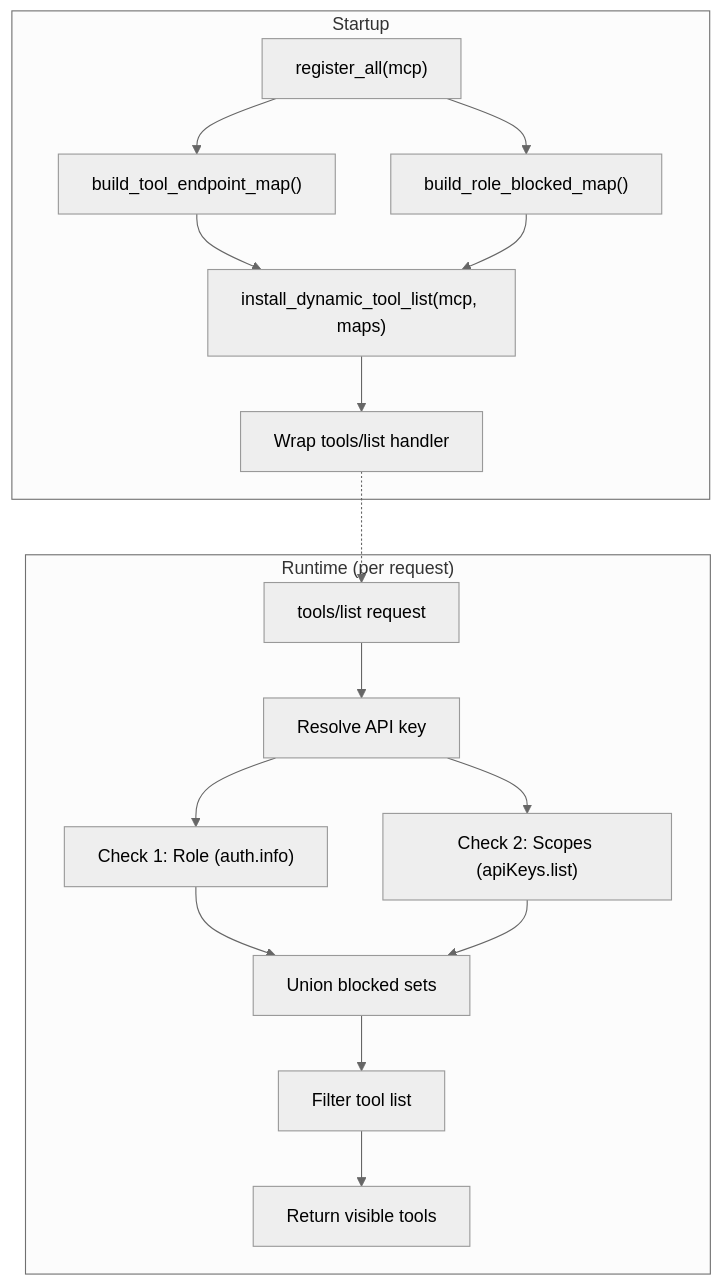
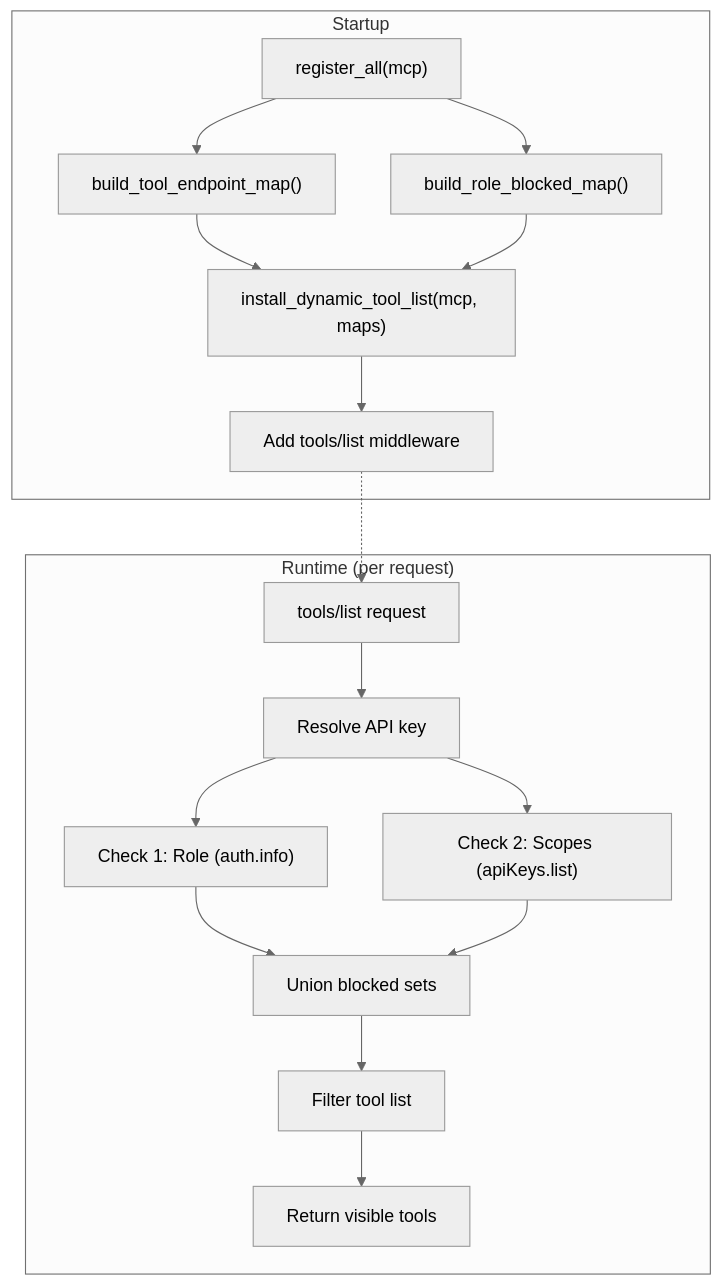
Before and after one commit to Vortiago/mcp-outline: the first of 3 diagrams in docs/dynamic-tool-list.md, drawn with Mermaid (neutral theme). The commit also changed other lines of this file and 55 other files, not shown here.

````diff
--- a/docs/dynamic-tool-list.md
+++ b/docs/dynamic-tool-list.md
@@ -11,22 +11,22 @@
 ```mermaid
 flowchart TB
     subgraph Startup
         A["register_all(mcp)"] --> B["build_tool_endpoint_map()"]
         A --> C["build_role_blocked_map()"]
         B --> D["install_dynamic_tool_list(mcp, maps)"]
         C --> D
-        D --> E["Wrap tools/list handler"]
+        D --> E["Add tools/list middleware"]
     end
 
     subgraph Runtime ["Runtime (per request)"]
         F["tools/list request"] --> G["Resolve API key"]
         G --> H["Check 1: Role (auth.info)"]
         G --> I["Check 2: Scopes (apiKeys.list)"]
         H --> J["Union blocked sets"]
         I --> J
         J --> K["Filter tool list"]
         K --> L["Return visible tools"]
     end
 
     E -.-> F
 ```
````
